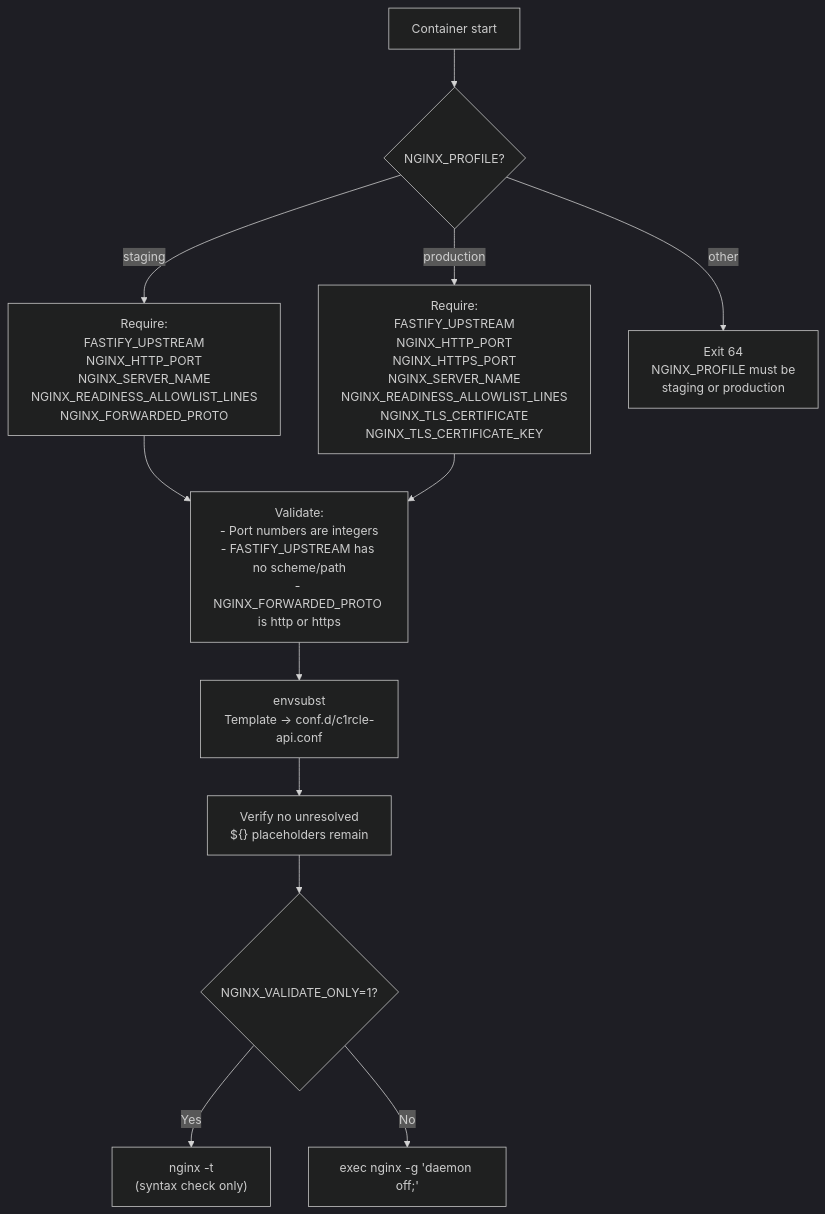
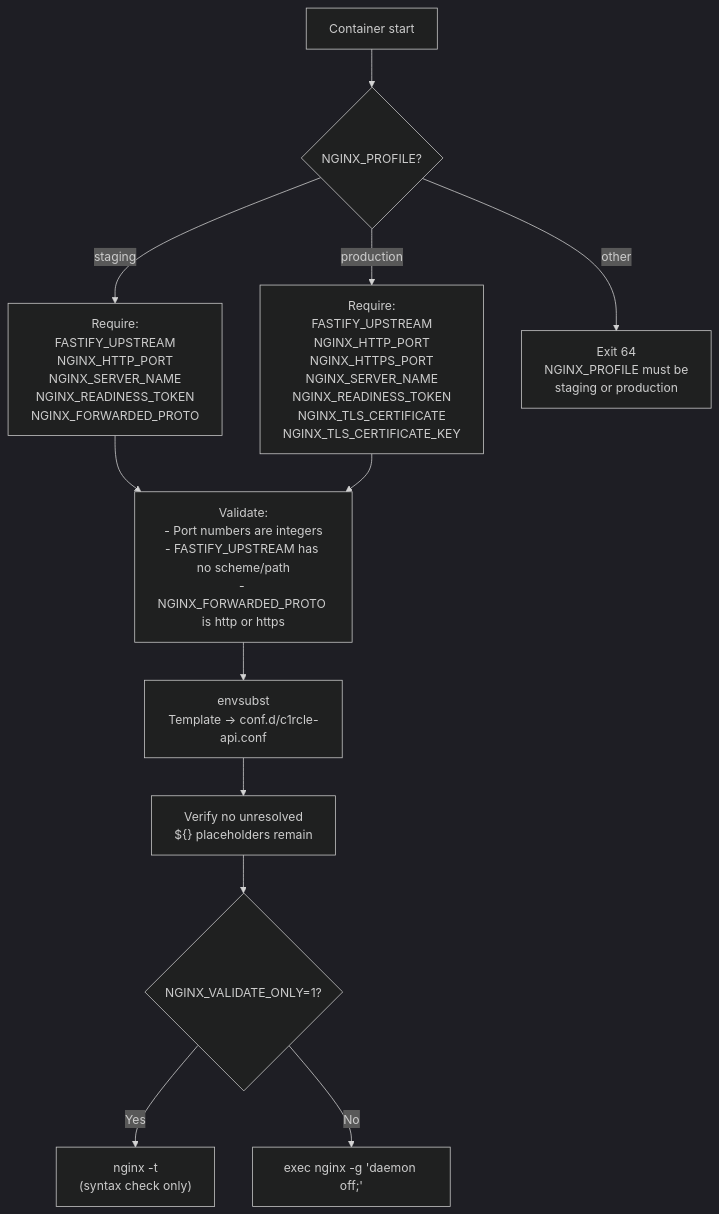
One commit to thec1rclehost123-cmd/C1RCLE-BACKEND changed the sixth of 6 diagrams in docs/nginx/config-reference.md. Above: the diagram before and after it, drawn with Mermaid (dark theme). The commit also changed other lines of this file and 24 other files, not shown here.

````diff
--- a/docs/nginx/config-reference.md
+++ b/docs/nginx/config-reference.md
@@ -292,16 +292,16 @@
 ```mermaid
 flowchart TD
   Start["Container start"] --> Profile{"NGINX_PROFILE?"}
-  Profile -->|staging| StagingEnv["Require:<br/>FASTIFY_UPSTREAM<br/>NGINX_HTTP_PORT<br/>NGINX_SERVER_NAME<br/>NGINX_READINESS_ALLOWLIST_LINES<br/>NGINX_FORWARDED_PROTO"]
-  Profile -->|production| ProdEnv["Require:<br/>FASTIFY_UPSTREAM<br/>NGINX_HTTP_PORT<br/>NGINX_HTTPS_PORT<br/>NGINX_SERVER_NAME<br/>NGINX_READINESS_ALLOWLIST_LINES<br/>NGINX_TLS_CERTIFICATE<br/>NGINX_TLS_CERTIFICATE_KEY"]
+  Profile -->|staging| StagingEnv["Require:<br/>FASTIFY_UPSTREAM<br/>NGINX_HTTP_PORT<br/>NGINX_SERVER_NAME<br/>NGINX_READINESS_TOKEN<br/>NGINX_FORWARDED_PROTO"]
+  Profile -->|production| ProdEnv["Require:<br/>FASTIFY_UPSTREAM<br/>NGINX_HTTP_PORT<br/>NGINX_HTTPS_PORT<br/>NGINX_SERVER_NAME<br/>NGINX_READINESS_TOKEN<br/>NGINX_TLS_CERTIFICATE<br/>NGINX_TLS_CERTIFICATE_KEY"]
   Profile -->|other| Error["Exit 64<br/>NGINX_PROFILE must be<br/>staging or production"]
 
   StagingEnv --> Validate["Validate:<br/>- Port numbers are integers<br/>- FASTIFY_UPSTREAM has no scheme/path<br/>- NGINX_FORWARDED_PROTO is http or https"]
   ProdEnv --> Validate
 
   Validate --> EnvSubst["envsubst<br/>Template → conf.d/c1rcle-api.conf"]
   EnvSubst --> Verify["Verify no unresolved<br/>${} placeholders remain"]
   Verify --> CheckOnly{"NGINX_VALIDATE_ONLY=1?"}
   CheckOnly -->|Yes| nginx_t["nginx -t<br/>(syntax check only)"]
   CheckOnly -->|No| nginx_run["exec nginx -g 'daemon off;'"]
 ```
````
